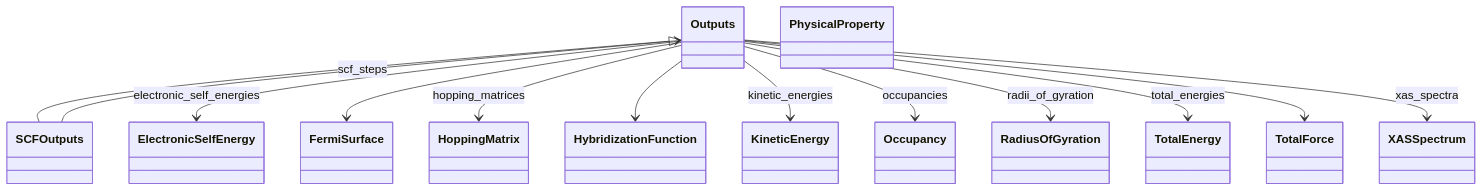
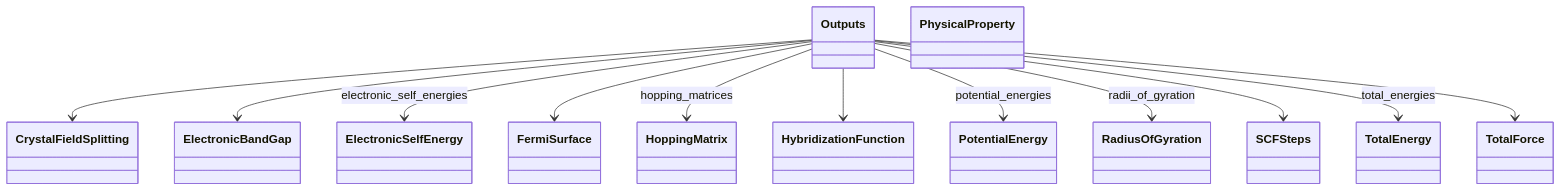
One commit to FAIRmat-NFDI/nomad-simulations changed the second of 2 diagrams in docs/schema/outputs.diagram.md. Above: the diagram before and after it, drawn with Mermaid. The commit also changed other lines of this file and 35 other files, not shown here.

Commit message:
add legend to UML diagrams

````diff
--- a/docs/schema/outputs.diagram.md
+++ b/docs/schema/outputs.diagram.md
@@ -68,41 +68,40 @@
 ```mermaid
 classDiagram
+    class CrystalFieldSplitting {
+    }
+    class ElectronicBandGap {
+    }
     class ElectronicSelfEnergy {
     }
     class FermiSurface {
     }
     class HoppingMatrix {
     }
     class HybridizationFunction {
     }
-    class KineticEnergy {
-    }
-    class Occupancy {
-    }
     class Outputs {
     }
     class PhysicalProperty {
     }
+    class PotentialEnergy {
+    }
     class RadiusOfGyration {
     }
-    class SCFOutputs {
+    class SCFSteps {
     }
     class TotalEnergy {
     }
     class TotalForce {
     }
-    class XASSpectrum {
-    }
-    Outputs <|-- SCFOutputs
+    Outputs --> CrystalFieldSplitting
+    Outputs --> ElectronicBandGap
     Outputs --> ElectronicSelfEnergy : electronic_self_energies
     Outputs --> FermiSurface
     Outputs --> HoppingMatrix : hopping_matrices
     Outputs --> HybridizationFunction
-    Outputs --> KineticEnergy : kinetic_energies
-    Outputs --> Occupancy : occupancies
+    Outputs --> PotentialEnergy : potential_energies
     Outputs --> RadiusOfGyration : radii_of_gyration
+    Outputs --> SCFSteps
     Outputs --> TotalEnergy : total_energies
     Outputs --> TotalForce
-    Outputs --> XASSpectrum : xas_spectra
-    SCFOutputs --> Outputs : scf_steps
 ```
````
